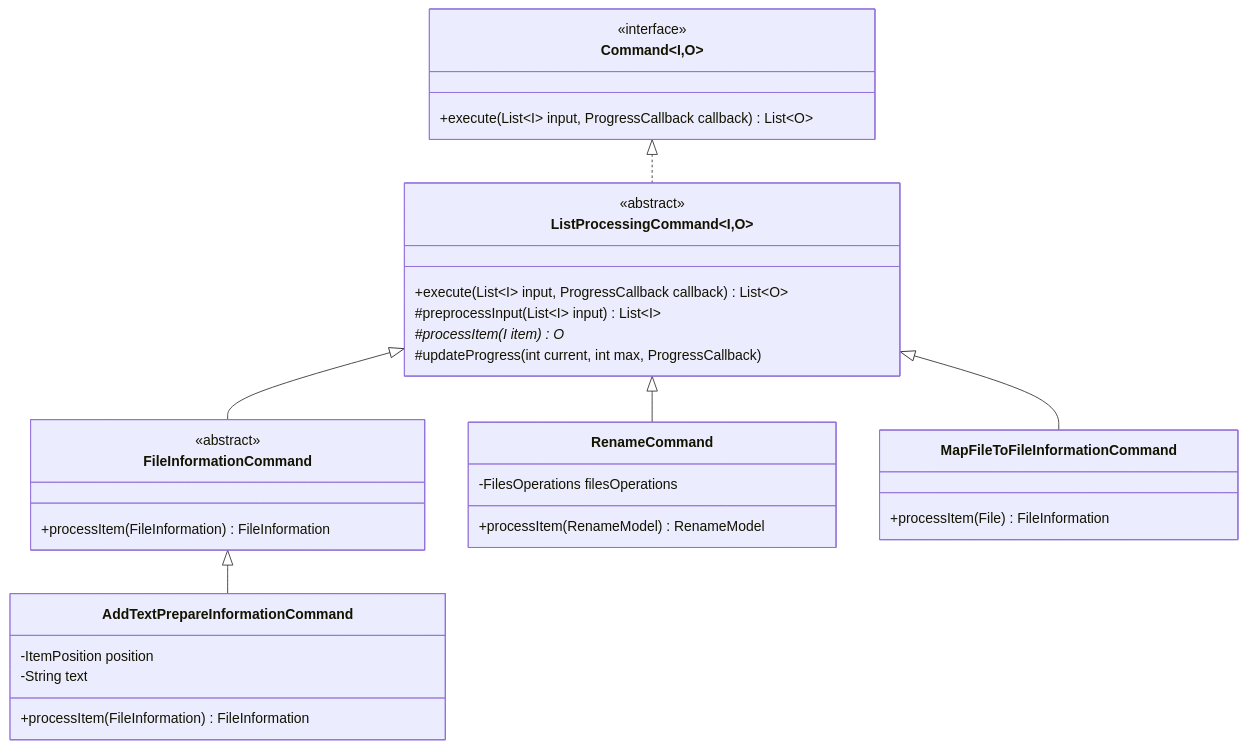
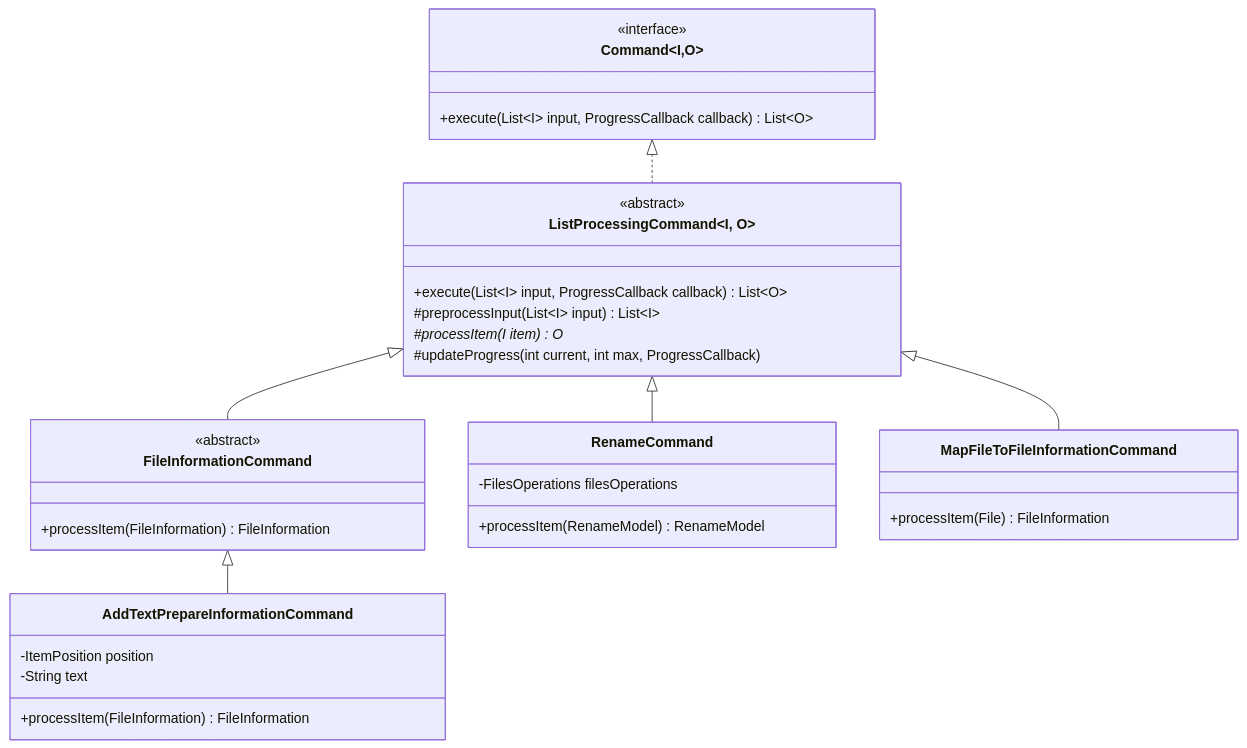
One commit to sanyokkua/renamer_app changed the fourth of 15 diagrams in docs/ARCHITECTURE.md. Above: the diagram before and after it, drawn with Mermaid. The commit also changed other lines of this file and 29 other files, not shown here.

````diff
--- a/docs/ARCHITECTURE.md
+++ b/docs/ARCHITECTURE.md
@@ -251,41 +261,41 @@
 ```mermaid
 classDiagram
     class Command~I,O~ {
-        <<interface>>
-        +execute(List~I~ input, ProgressCallback callback) List~O~
-    }
+<<interface>>
++execute(List~I~ input, ProgressCallback callback) List~O~
+}
 
-    class ListProcessingCommand~I,O~ {
-        <<abstract>>
-        +execute(List~I~ input, ProgressCallback callback) List~O~
-        #preprocessInput(List~I~ input) List~I~
-        #processItem(I item) O*
-        #updateProgress(int current, int max, ProgressCallback)
-    }
+class ListProcessingCommand~I, O~ {
+<<abstract>>
++execute(List~I~ input, ProgressCallback callback) List~O~
+#preprocessInput(List~I~ input) List~I~
+#processItem(I item) O*
+#updateProgress(int current, int max, ProgressCallback)
+}
 
-    class FileInformationCommand {
-        <<abstract>>
-        +processItem(FileInformation) FileInformation
-    }
+class FileInformationCommand {
+<<abstract>>
++processItem(FileInformation) FileInformation
+}
 
-    class AddTextPrepareInformationCommand {
-        -ItemPosition position
-        -String text
-        +processItem(FileInformation) FileInformation
-    }
+class AddTextPrepareInformationCommand {
+-ItemPosition position
+-String text
++processItem(FileInformation) FileInformation
+}
 
-    class RenameCommand {
-        -FilesOperations filesOperations
-        +processItem(RenameModel) RenameModel
-    }
+class RenameCommand {
+-FilesOperations filesOperations
++processItem(RenameModel) RenameModel
+}
 
-    class MapFileToFileInformationCommand {
-        +processItem(File) FileInformation
-    }
+class MapFileToFileInformationCommand {
++processItem(File) FileInformation
+}
 
-    Command <|.. ListProcessingCommand
-    ListProcessingCommand <|-- FileInformationCommand
-    FileInformationCommand <|-- AddTextPrepareInformationCommand
-    ListProcessingCommand <|-- RenameCommand
-    ListProcessingCommand <|-- MapFileToFileInformationCommand
+Command <|.. ListProcessingCommand
+ListProcessingCommand <|-- FileInformationCommand
+FileInformationCommand <|-- AddTextPrepareInformationCommand
+ListProcessingCommand <|-- RenameCommand
+ListProcessingCommand <|-- MapFileToFileInformationCommand
 ```
````
